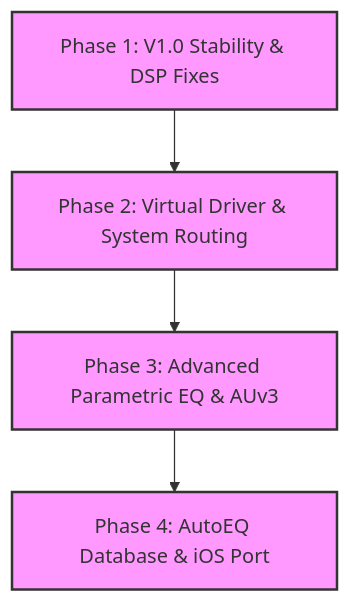
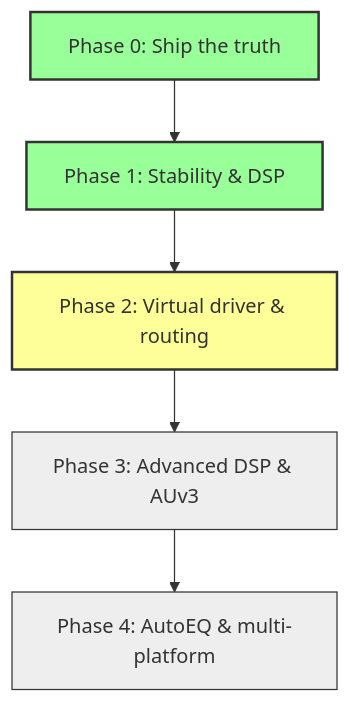
Before and after one commit to oznksc/OpenEQ: the diagram in docs/MASTER_PLAN.md, drawn with Mermaid. The commit also changed other lines of this file and 17 other files, not shown here.

First line of the commit message:
Ship Phase 0 honesty and Phase 1 audio stability

````diff
--- a/docs/MASTER_PLAN.md
+++ b/docs/MASTER_PLAN.md
@@ -33,10 +52,15 @@
 ```mermaid
 graph TD
-    classDef phase fill:#f9f,stroke:#333,stroke-width:2px;
-    
-    A[Phase 1: V1.0 Stability & DSP Fixes] --> B[Phase 2: Virtual Driver & System Routing]
-    B --> C[Phase 3: Advanced Parametric EQ & AUv3]
-    C --> D[Phase 4: AutoEQ Database & iOS Port]
-    
-    class A,B,C,D phase;
+    classDef done fill:#9f9,stroke:#333,stroke-width:2px;
+    classDef next fill:#ff9,stroke:#333,stroke-width:2px;
+    classDef later fill:#eee,stroke:#333,stroke-width:1px;
+
+    A[Phase 0: Ship the truth] --> B[Phase 1: Stability & DSP]
+    B --> C[Phase 2: Virtual driver & routing]
+    C --> D[Phase 3: Advanced DSP & AUv3]
+    D --> E[Phase 4: AutoEQ & multi-platform]
+
+    class A,B done;
+    class C next;
+    class D,E later;
 ```
````
